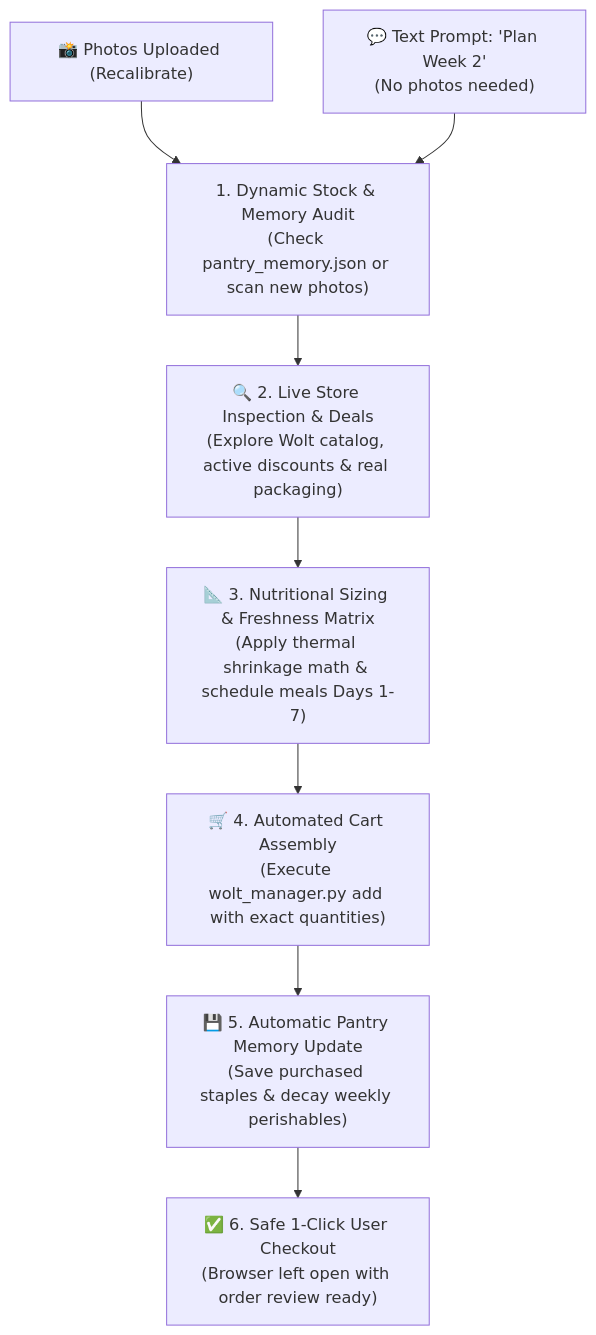
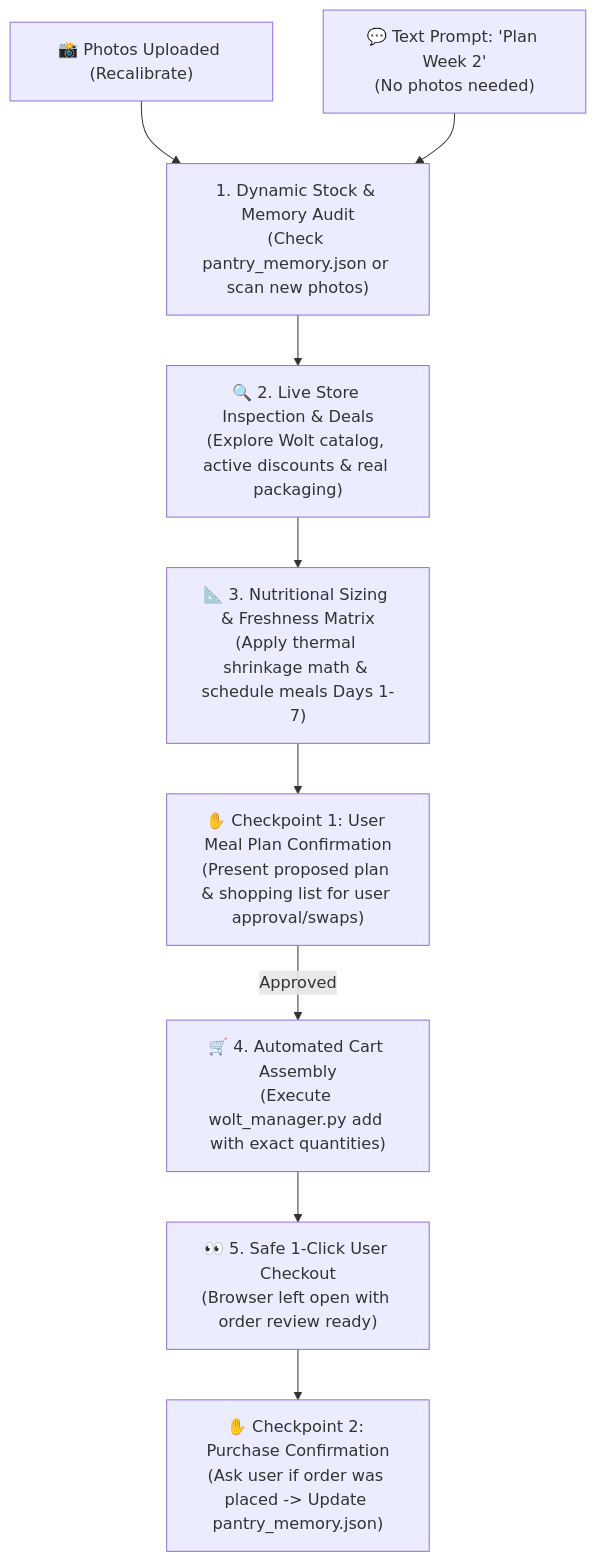
One commit to AndresCUd/wolt-smart-pantry changed the diagram in .agent/skills/wolt-smart-pantry/SKILL.md. Above: the diagram before and after it, drawn with Mermaid. The commit also changed other lines of this file and 3 other files, not shown here.

Commit message:
feat: enforce 2 user confirmation checkpoints (pre-cart meal plan review & post-checkout memory recording)

````diff
--- a/.agent/skills/wolt-smart-pantry/SKILL.md
+++ b/.agent/skills/wolt-smart-pantry/SKILL.md
@@ -17,11 +17,12 @@
 ```mermaid
 flowchart TD
     A1["📸 Photos Uploaded (Recalibrate)"] --> B["1. Dynamic Stock & Memory Audit\n(Check pantry_memory.json or scan new photos)"]
     A2["💬 Text Prompt: 'Plan Week 2'\n(No photos needed)"] --> B
     
     B --> C["🔍 2. Live Store Inspection & Deals\n(Explore Wolt catalog, active discounts & real packaging)"]
     C --> D["📐 3. Nutritional Sizing & Freshness Matrix\n(Apply thermal shrinkage math & schedule meals Days 1-7)"]
-    D --> E["🛒 4. Automated Cart Assembly\n(Execute wolt_manager.py add with exact quantities)"]
-    E --> F["💾 5. Automatic Pantry Memory Update\n(Save purchased staples & decay weekly perishables)"]
-    F --> G["✅ 6. Safe 1-Click User Checkout\n(Browser left open with order review ready)"]
+    D --> E["✋ Checkpoint 1: User Meal Plan Confirmation\n(Present proposed plan & shopping list for user approval/swaps)"]
+    E -->|Approved| F["🛒 4. Automated Cart Assembly\n(Execute wolt_manager.py add with exact quantities)"]
+    F --> G["👀 5. Safe 1-Click User Checkout\n(Browser left open with order review ready)"]
+    G --> H["✋ Checkpoint 2: Purchase Confirmation\n(Ask user if order was placed -> Update pantry_memory.json)"]
 ```
````
